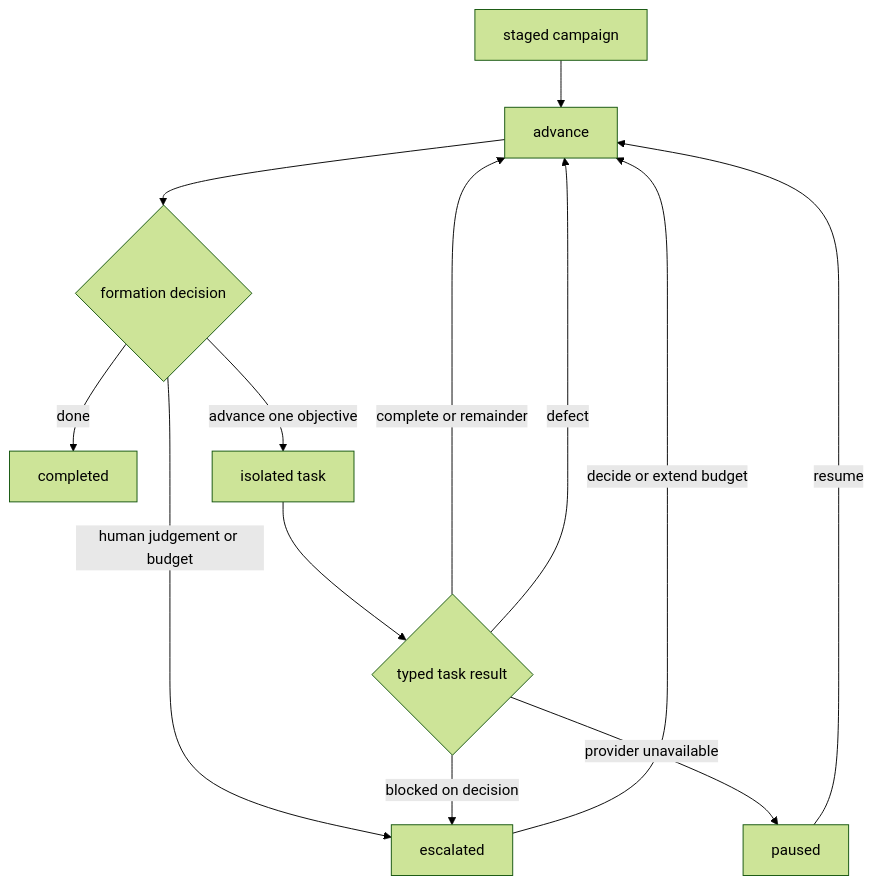
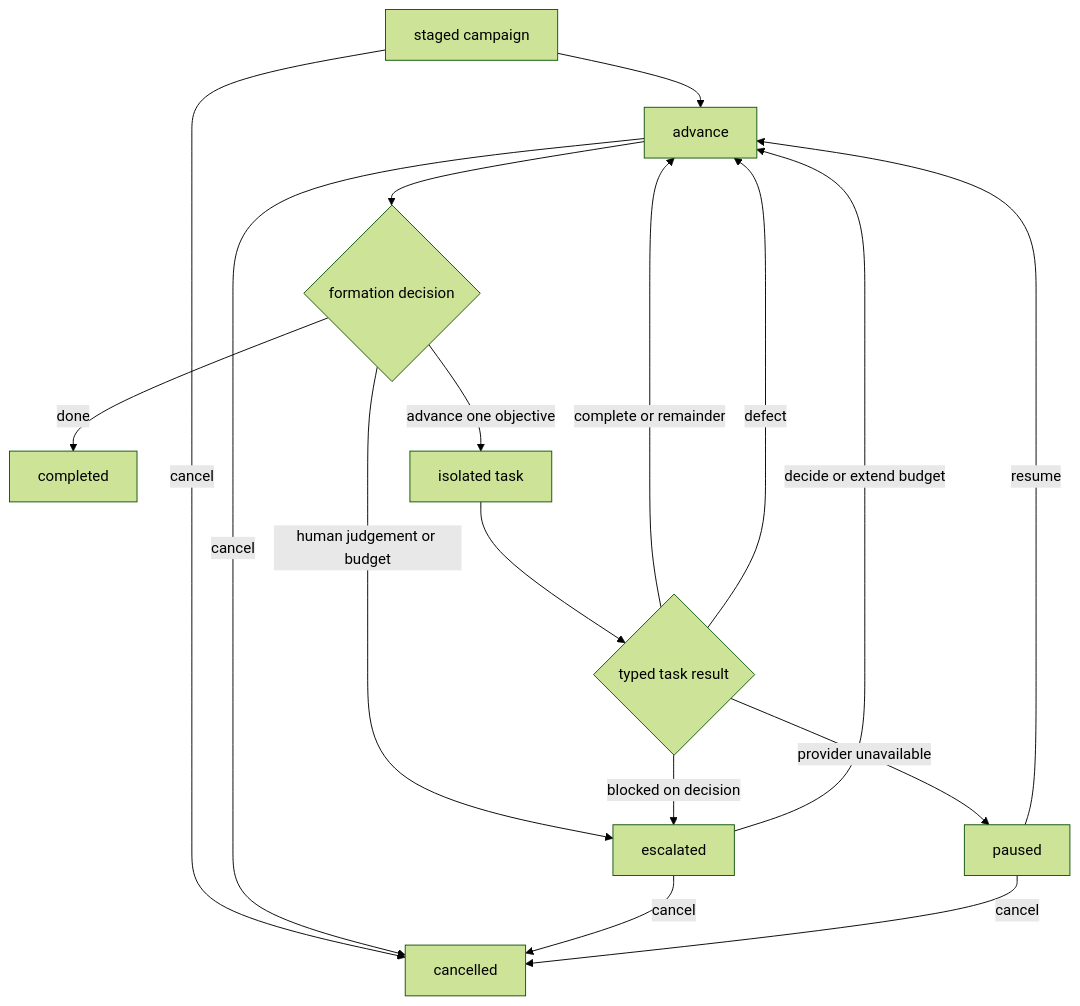
The diagram in book/src/guide/campaigns.md (svetzal/foundry), drawn with Mermaid (forest theme) before and after one commit. The commit also changed other lines of this file and 32 other files, not shown here.

````diff
--- a/book/src/guide/campaigns.md
+++ b/book/src/guide/campaigns.md
@@ -38,15 +38,19 @@
 ```mermaid
 flowchart TD
     A["staged campaign"] --> B["advance"]
     B --> C{"formation decision"}
     C -->|"done"| D["completed"]
     C -->|"advance one objective"| E["isolated task"]
     C -->|"human judgement or budget"| F["escalated"]
     E --> G{"typed task result"}
     G -->|"complete or remainder"| B
     G -->|"defect"| B
     G -->|"blocked on decision"| F
     G -->|"provider unavailable"| H["paused"]
     H -->|"resume"| B
     F -->|"decide or extend budget"| B
+    A -->|"cancel"| I["cancelled"]
+    B -->|"cancel"| I
+    F -->|"cancel"| I
+    H -->|"cancel"| I
 ```
````
